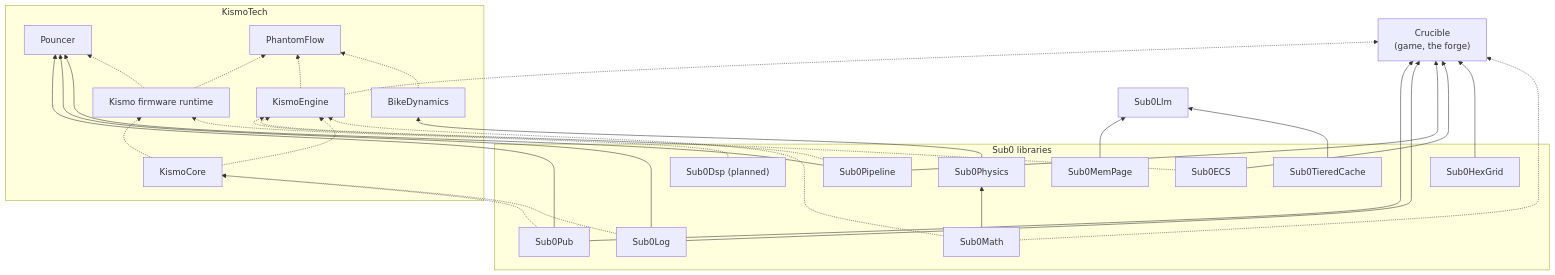
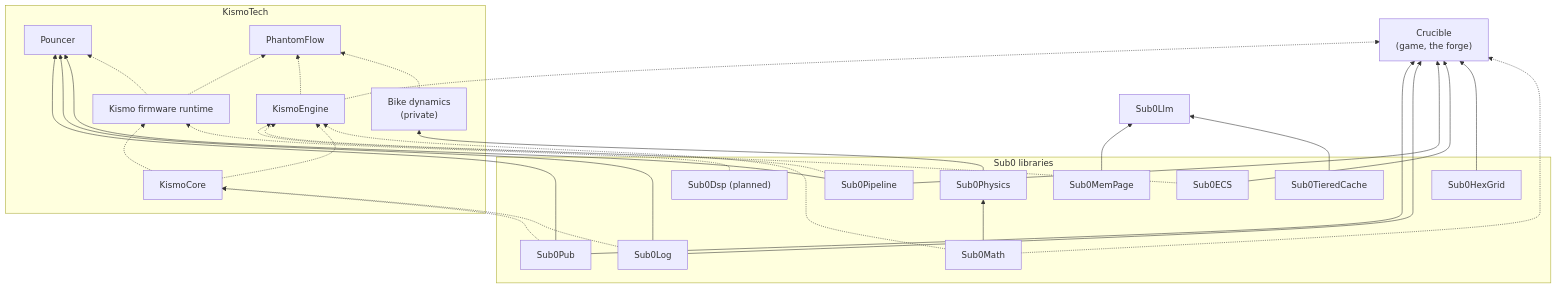
Before and after one commit to CraigHutchinson/.github: the diagram in docs/users.md, drawn with Mermaid. The commit also changed other lines of this file and 11 other files, not shown here.

````diff
--- a/docs/users.md
+++ b/docs/users.md
@@ -6,54 +6,54 @@
 ```mermaid
 flowchart BT
   subgraph sub0["Sub0 libraries"]
     Pub[Sub0Pub]
     Log[Sub0Log]
     Pipe[Sub0Pipeline]
     ECS[Sub0ECS]
     Hex[Sub0HexGrid]
     Mem[Sub0MemPage]
     Cache[Sub0TieredCache]
     Dsp["Sub0Dsp (planned)"]
     Phys[Sub0Physics]
     Math[Sub0Math]
   end
 
   Llm[Sub0Llm]
   Crucible["Crucible<br/>(game, the forge)"]
 
   subgraph kismo["KismoTech"]
     Core[KismoCore]
     Engine[KismoEngine]
     Fw["Kismo firmware runtime"]
     Pouncer[Pouncer]
-    BikeDyn[BikeDynamics]
+    BikeDyn["Bike dynamics<br/>(private)"]
     PF[PhantomFlow]
   end
 
   Mem --> Llm
   Cache --> Llm
   Pub --> Crucible
   Log --> Crucible
   Pipe --> Crucible
   ECS --> Crucible
   Hex --> Crucible
   Pub --> Pouncer
   Log --> Pouncer
   Pipe --> Pouncer
   Pub -.-> Core
   Log -.-> Core
   ECS -.-> Engine
   Pipe -.-> Engine
   Core -.-> Engine
   Core -.-> Fw
   Dsp -.-> Fw
   Fw -.-> Pouncer
   Fw -.-> PF
   Engine -.-> PF
   Engine -.-> Crucible
   Math --> Phys
   Phys --> BikeDyn
   Math -.-> Engine
   Math -.-> Crucible
   BikeDyn -.-> PF
 ```
````
